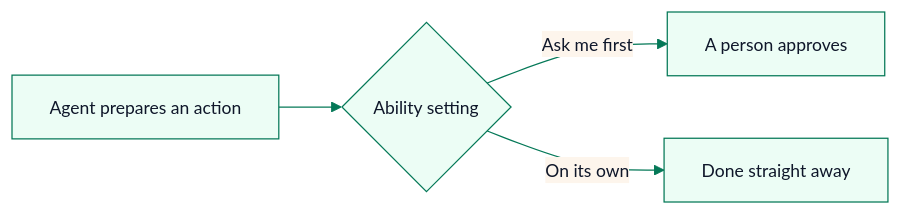
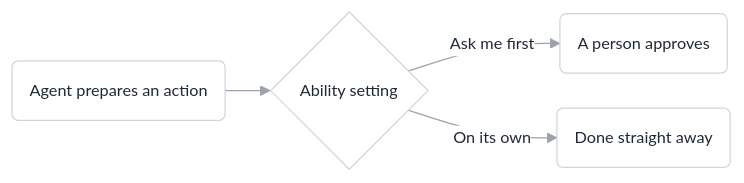
The diagram in guides/agents.mdx (BharathVasireddy/marro-docs), drawn with Mermaid before and after one commit. The commit also changed 95 other files, not shown here.

First line of the commit message:
One guide per settings screen, in the Settings menu's order, with diagrams only where they are needed

````diff
--- a/guides/agents.mdx
+++ b/guides/agents.mdx
@@ -63,7 +63,7 @@
 ```mermaid
-%%{init: {'theme':'base','themeVariables':{'primaryColor':'#ecfdf5','primaryBorderColor':'#047857','primaryTextColor':'#0f172a','lineColor':'#047857','fontSize':'14px'}}}%%
+%%{init: {'theme':'base','flowchart':{'curve':'basis','padding':14,'nodeSpacing':28,'rankSpacing':36},'themeVariables':{'primaryColor':'#ffffff','primaryBorderColor':'#d1d5db','primaryTextColor':'#1f2937','lineColor':'#9ca3af','fontFamily':'Inter, ui-sans-serif, sans-serif','fontSize':'13px','edgeLabelBackground':'#ffffff'}}}%%
 flowchart LR
-  A[Agent prepares an action] --> B{Ability setting}
-  B -- Ask me first --> C[A person approves]
-  B -- On its own --> D[Done straight away]
+  A(Agent prepares an action) --> B{Ability setting}
+  B -- Ask me first --> C(A person approves)
+  B -- On its own --> D(Done straight away)
 ```
````
